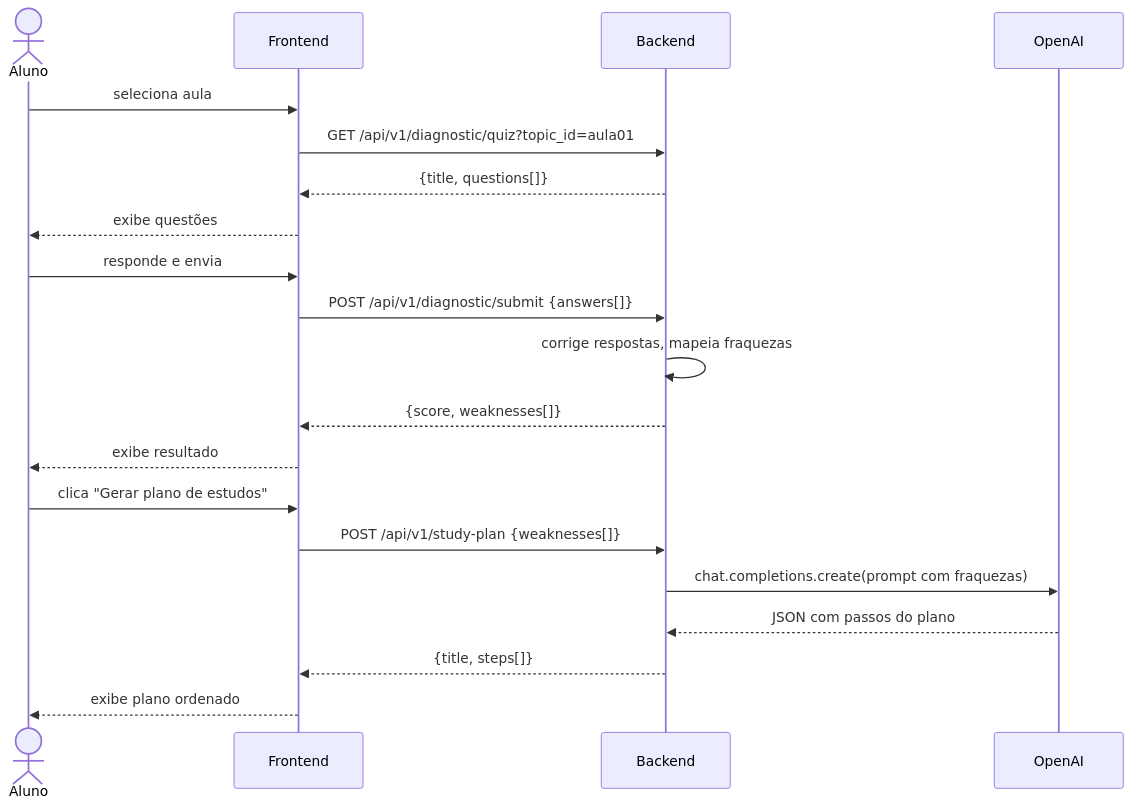
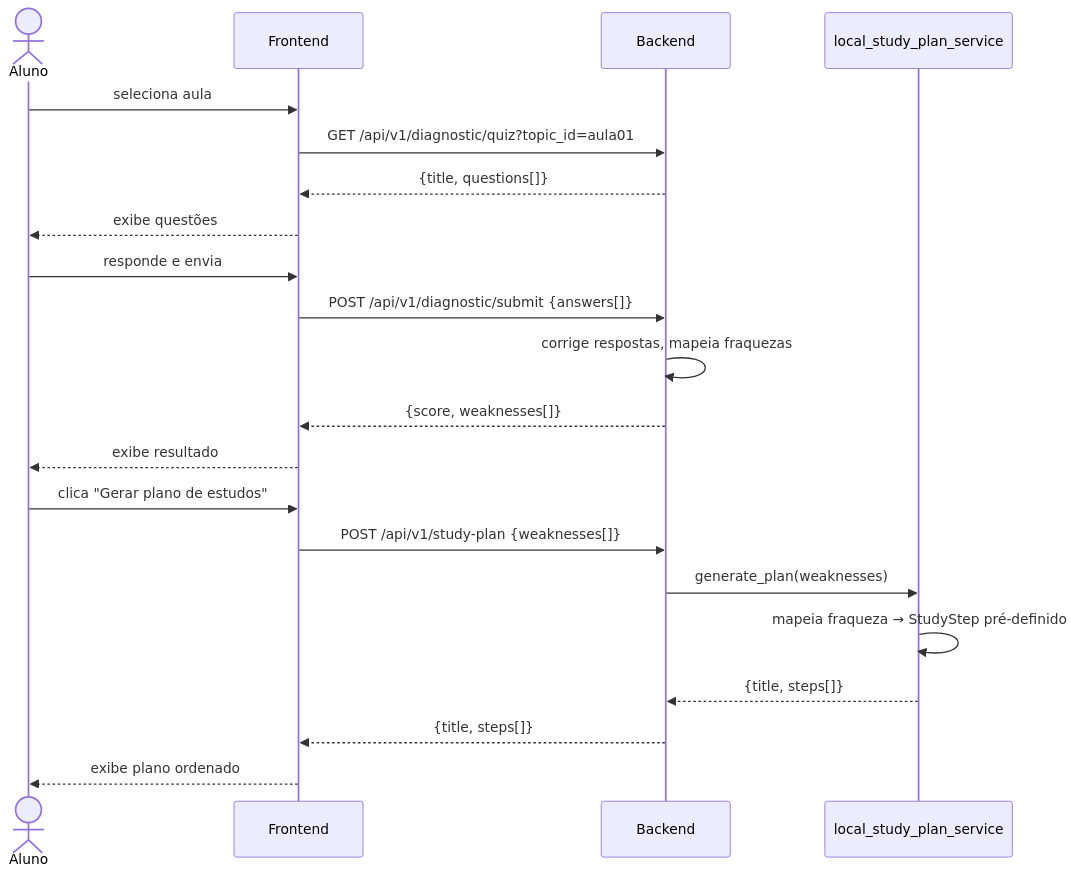
One commit to John-Rocha/projeto-ia-unifap changed the third of 3 diagrams in README.md. Above: the diagram before and after it, drawn with Mermaid. The commit also changed other lines of this file, not shown here.

Commit message:
feat: update README to reflect local service implementations and remove external dependencies

````diff
--- a/README.md
+++ b/README.md
@@ -97,25 +99,26 @@
 ```mermaid
 sequenceDiagram
     actor Aluno
     participant FE as Frontend
     participant BE as Backend
-    participant OAI as OpenAI
+    participant Plan as local_study_plan_service
 
     Aluno->>FE: seleciona aula
     FE->>BE: GET /api/v1/diagnostic/quiz?topic_id=aula01
     BE-->>FE: {title, questions[]}
     FE-->>Aluno: exibe questões
 
     Aluno->>FE: responde e envia
     FE->>BE: POST /api/v1/diagnostic/submit {answers[]}
     BE->>BE: corrige respostas, mapeia fraquezas
     BE-->>FE: {score, weaknesses[]}
     FE-->>Aluno: exibe resultado
 
     Aluno->>FE: clica "Gerar plano de estudos"
     FE->>BE: POST /api/v1/study-plan {weaknesses[]}
-    BE->>OAI: chat.completions.create(prompt com fraquezas)
-    OAI-->>BE: JSON com passos do plano
+    BE->>Plan: generate_plan(weaknesses)
+    Plan->>Plan: mapeia fraqueza → StudyStep pré-definido
+    Plan-->>BE: {title, steps[]}
     BE-->>FE: {title, steps[]}
     FE-->>Aluno: exibe plano ordenado
 ```
````
